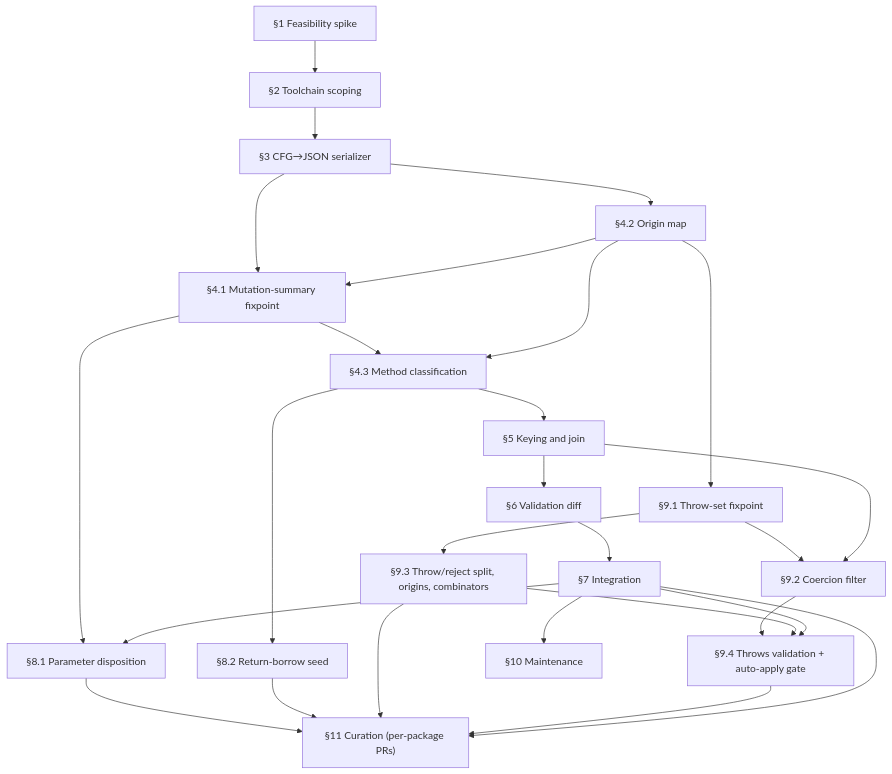
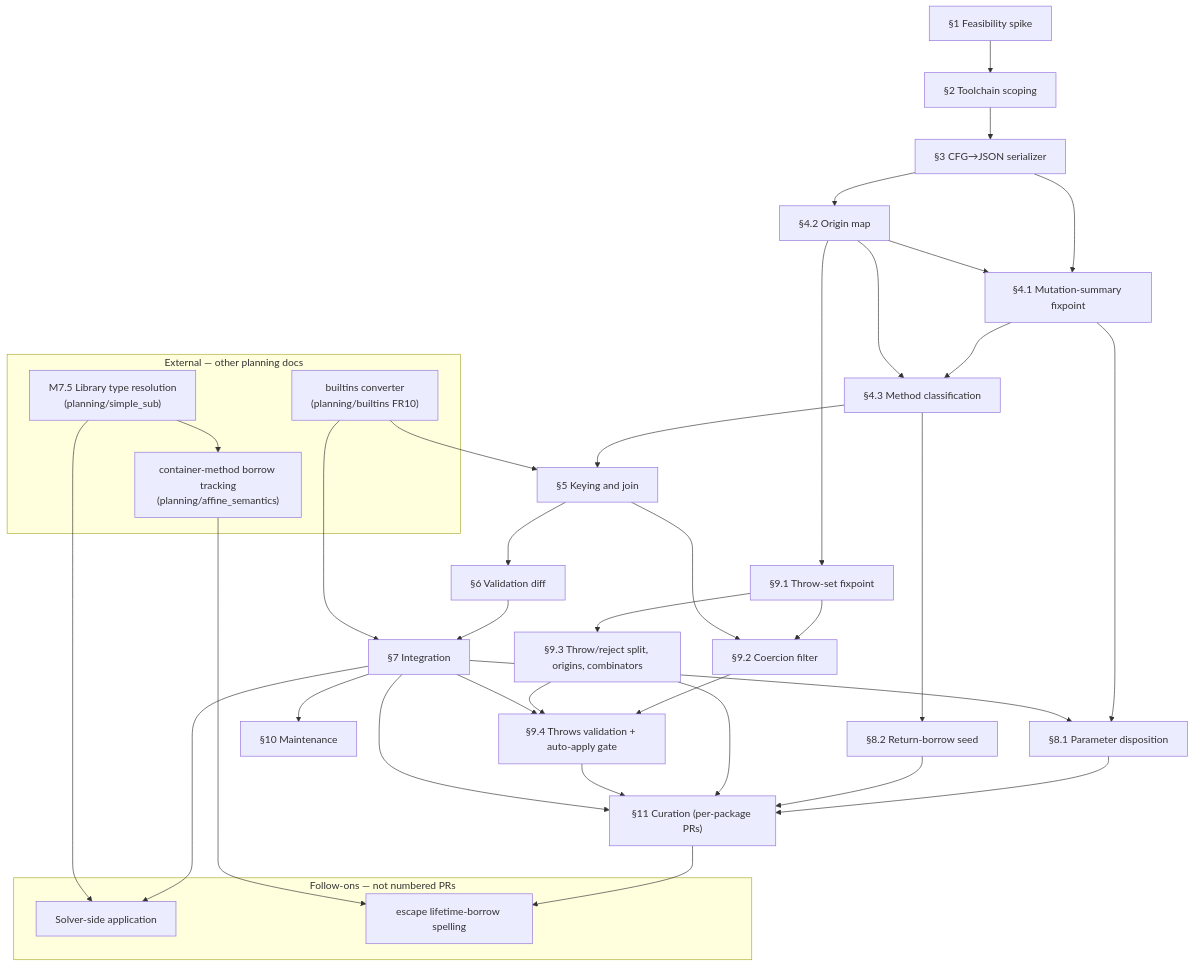
One commit to escalier-lang/escalier changed the diagram in planning/ecma-262/implementation_plan.md. Above: the diagram before and after it, drawn with Mermaid. The commit also changed other lines of this file, not shown here.

Commit message:
Add external cross-workstream dependencies to the Mermaid graph
Include the dependencies this plan names in other planning docs: the
builtins converter (planning/builtins FR10, gating §5/§7), M7.5 library
type resolution (planning/simple_sub), and affine container-method borrow
tracking (planning/affine_semantics, itself blocked on M7.5). Add the two
follow-ons that consume them and are not numbered PRs -- the solver-side
application (needs §7 + M7.5) and the escape lifetime-borrow spelling
(needs §11 + affine work) -- grouped in labelled subgraphs, with a note.

https://claude.ai/code/session_01XR276FxA7i1ry5Z4iAkRpp

````diff
--- a/planning/ecma-262/implementation_plan.md
+++ b/planning/ecma-262/implementation_plan.md
@@ -59,44 +60,62 @@
 ```mermaid
 flowchart TD
     S1["§1 Feasibility spike"]
     S2["§2 Toolchain scoping"]
     S3["§3 CFG→JSON serializer"]
     S42["§4.2 Origin map"]
     S41["§4.1 Mutation-summary fixpoint"]
     S43["§4.3 Method classification"]
     S5["§5 Keying and join"]
     S6["§6 Validation diff"]
     S7["§7 Integration"]
     S81["§8.1 Parameter disposition"]
     S82["§8.2 Return-borrow seed"]
     S91["§9.1 Throw-set fixpoint"]
     S92["§9.2 Coercion filter"]
     S93["§9.3 Throw/reject split, origins, combinators"]
     S94["§9.4 Throws validation + auto-apply gate"]
     S10["§10 Maintenance"]
     S11["§11 Curation (per-package PRs)"]
 
     S1 --> S2 --> S3
     S3 --> S42
     S3 --> S41
     S42 --> S41
     S41 --> S43
     S42 --> S43
     S43 --> S5 --> S6 --> S7
     S41 --> S81
     S7 --> S81
     S43 --> S82
     S42 --> S91
     S91 --> S92
     S5 --> S92
     S91 --> S93
     S92 --> S94
     S93 --> S94
     S7 --> S94
     S7 --> S10
     S81 --> S11
     S82 --> S11
     S93 --> S11
     S94 --> S11
     S7 --> S11
+
+    subgraph external["External — other planning docs"]
+        EXT_CONV["builtins converter<br/>(planning/builtins FR10)"]
+        EXT_M75["M7.5 Library type resolution<br/>(planning/simple_sub)"]
+        EXT_AFFINE["container-method borrow tracking<br/>(planning/affine_semantics)"]
+    end
+    subgraph followons["Follow-ons — not numbered PRs"]
+        FO_SOLVER["Solver-side application"]
+        FO_ESCLB["escape lifetime-borrow spelling"]
+    end
+
+    EXT_CONV --> S5
+    EXT_CONV --> S7
+    EXT_M75 --> EXT_AFFINE
+    S7 --> FO_SOLVER
+    EXT_M75 --> FO_SOLVER
+    S11 --> FO_ESCLB
+    EXT_AFFINE --> FO_ESCLB
 ```
````
